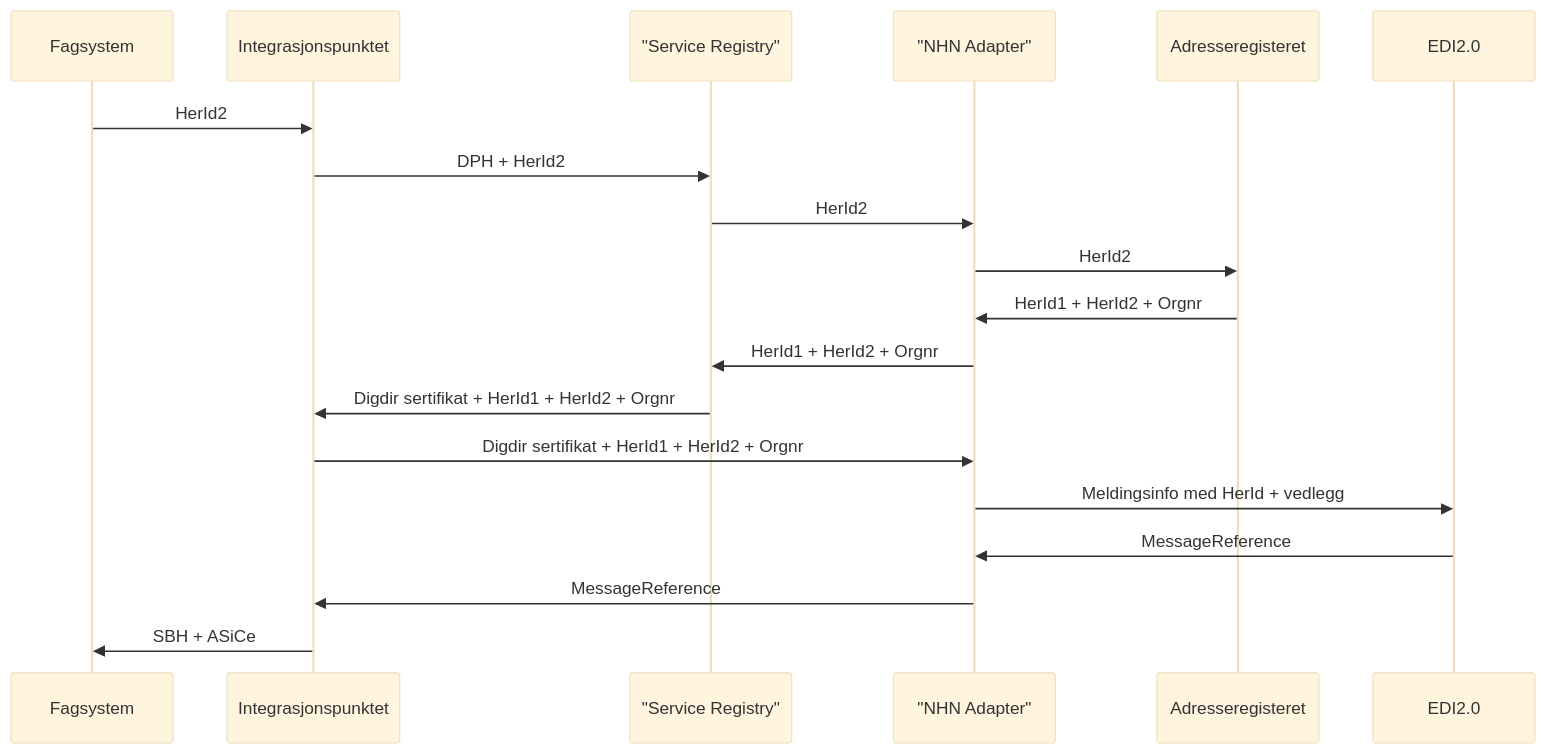
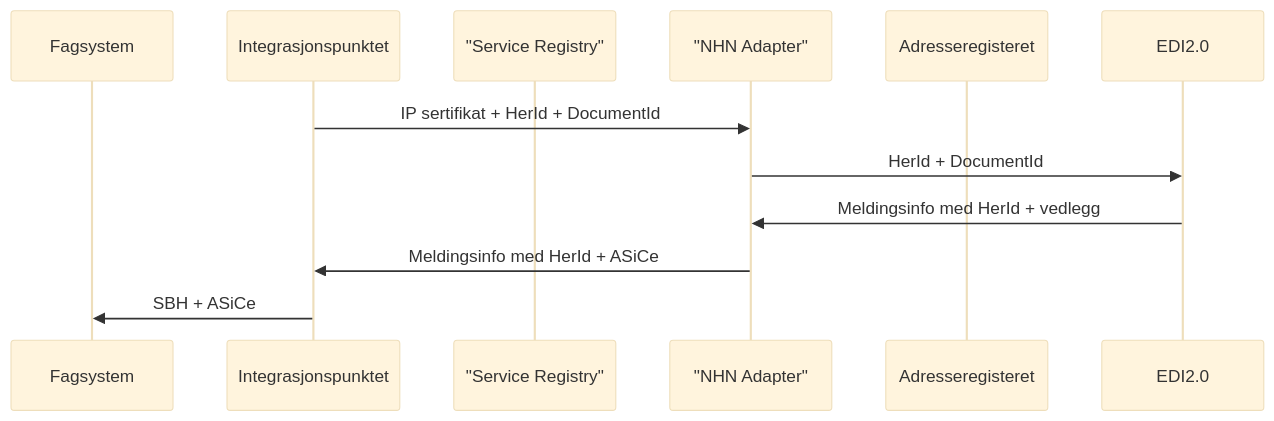
Before and after one commit to felleslosninger/efm-nhn-adapter: the fourth of 4 diagrams in README.md, drawn with Mermaid (base theme). The commit also changed other lines of this file, not shown here.

Commit message:
MOVE-4957 Tilpasse meldingsflyten i NHN-adapter til eksisterande meldingstypar

````diff
--- a/README.md
+++ b/README.md
@@ -80,21 +128,14 @@
 ```mermaid
 sequenceDiagram
     participant Fagsystem
     participant Integrasjonspunktet
     participant "Service Registry"
     participant "NHN Adapter"
     participant Adresseregisteret
     participant EDI2.0
-    Fagsystem ->> Integrasjonspunktet: HerId2 
-    Integrasjonspunktet ->> "Service Registry": DPH + HerId2
-    "Service Registry" ->> "NHN Adapter": HerId2
-    "NHN Adapter" ->> Adresseregisteret: HerId2
-    Adresseregisteret ->> "NHN Adapter": HerId1 + HerId2 + Orgnr
-    "NHN Adapter" ->> "Service Registry": HerId1 + HerId2 + Orgnr
-    "Service Registry" ->> Integrasjonspunktet: Digdir sertifikat + HerId1 + HerId2 + Orgnr
-    Integrasjonspunktet ->> "NHN Adapter": Digdir sertifikat + HerId1 + HerId2 + Orgnr
-    "NHN Adapter" ->> EDI2.0: Meldingsinfo med HerId + vedlegg
-    EDI2.0 ->> "NHN Adapter": MessageReference
-    "NHN Adapter" ->> Integrasjonspunktet: MessageReference
+    Integrasjonspunktet ->> "NHN Adapter": IP sertifikat + HerId + DocumentId
+    "NHN Adapter" ->> EDI2.0: HerId + DocumentId
+    EDI2.0 ->> "NHN Adapter": Meldingsinfo med HerId + vedlegg
+    "NHN Adapter" ->> Integrasjonspunktet: Meldingsinfo med HerId + ASiCe
     Integrasjonspunktet ->> Fagsystem: SBH + ASiCe 
 ```
````
